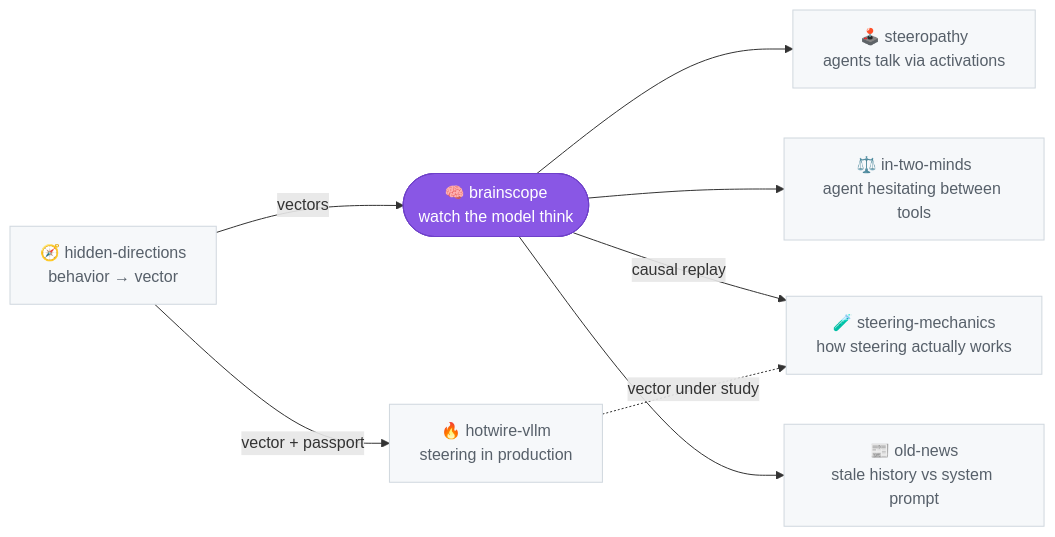
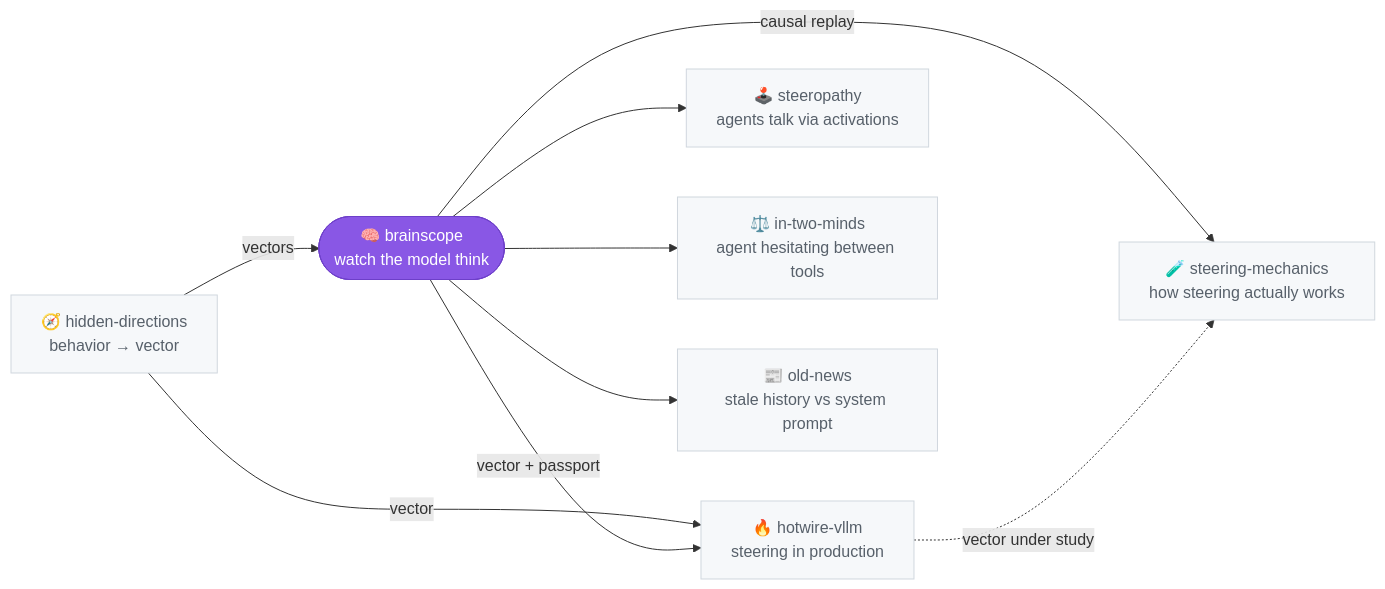
The third of 3 diagrams in README.md (moudrkat/brainscope), drawn with Mermaid before and after one commit. The commit also changed other lines of this file, not shown here.

Commit message:
README: shorter feature bullets, one install form, hotwire in the lab list, figure caption out of the alt text

````diff
--- a/README.md
+++ b/README.md
@@ -444,31 +437,32 @@
 ```mermaid
 flowchart LR
     hd["🧭 hidden-directions<br/>behavior → vector"]
     bs(["🧠 brainscope<br/>watch the model think"])
     hw["🔥 hotwire-vllm<br/>steering in production"]
     st["🕹️ steeropathy<br/>agents talk via activations"]
     tm["⚖️ in-two-minds<br/>agent hesitating between tools"]
     sm["🧪 steering-mechanics<br/>how steering actually works"]
     on["📰 old-news<br/>stale history vs system prompt"]
 
     hd -->|vectors| bs
-    hd -->|vector + passport| hw
+    hd -->|vector| hw
+    bs -->|vector + passport| hw
     bs --> st
     bs --> tm
     bs -->|causal replay| sm
     bs --> on
     hw -.->|vector under study| sm
 
     click hd "https://github.com/moudrkat/hidden-directions"
     click bs "https://github.com/moudrkat/brainscope"
     click hw "https://github.com/moudrkat/hotwire-vllm"
     click st "https://github.com/moudrkat/steeropathy"
     click tm "https://github.com/moudrkat/in-two-minds"
     click sm "https://github.com/moudrkat/steering-mechanics"
     click on "https://github.com/moudrkat/old-news"
 
     classDef dim fill:#f6f8fa,stroke:#d0d7de,color:#57606a;
     classDef here fill:#8957e5,stroke:#6e40c9,color:#ffffff;
     class hd,bs,hw,st,tm,sm,on dim;
     class bs here;
 ```
````
